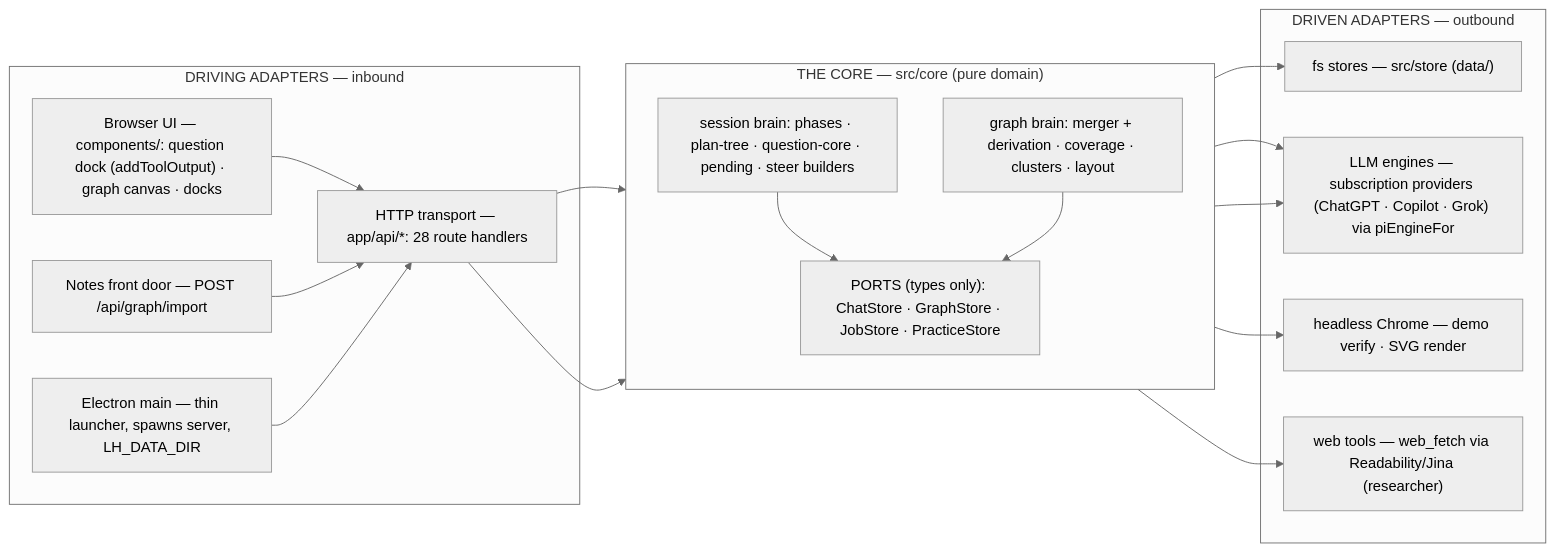
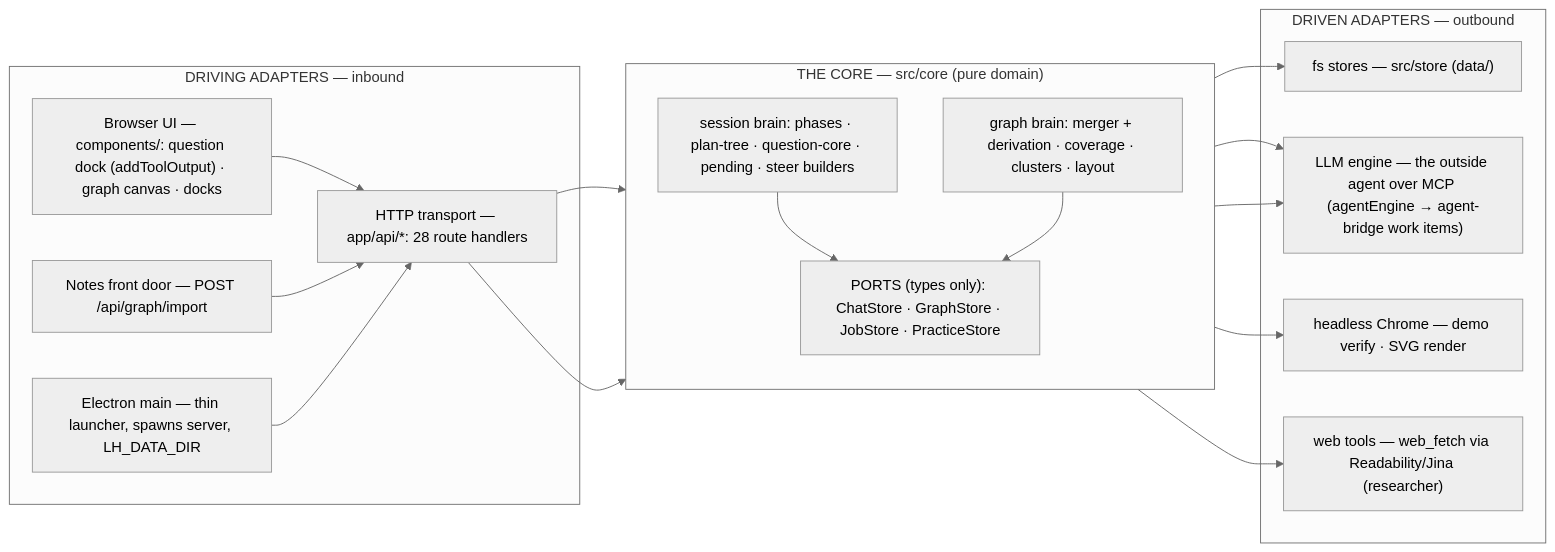
One commit to bayshores/godspeed changed the second of 7 diagrams in docs/architecture.md. Above: the diagram before and after it, drawn with Mermaid (neutral theme). The commit also changed other lines of this file and 206 other files, not shown here.

````diff
--- a/docs/architecture.md
+++ b/docs/architecture.md
@@ -171,36 +171,36 @@
 ```mermaid
 flowchart LR
     subgraph DRIVING["DRIVING ADAPTERS — inbound"]
         BROWSER["Browser UI — components/: question dock (addToolOutput) · graph canvas · docks"]
         HTTP["HTTP transport — app/api/*: 28 route handlers"]
         NOTES["Notes front door — POST /api/graph/import"]
         ELEC["Electron main — thin launcher, spawns server, LH_DATA_DIR"]
     end
 
     subgraph HEXCORE["THE CORE — src/core (pure domain)"]
         direction TB
         SESS["session brain: phases · plan-tree · question-core · pending · steer builders"]
         GBRAIN["graph brain: merger + derivation · coverage · clusters · layout"]
         PORTSBOX["PORTS (types only): ChatStore · GraphStore · JobStore · PracticeStore"]
     end
 
     subgraph DRIVEN["DRIVEN ADAPTERS — outbound"]
         FS["fs stores — src/store (data/)"]
-        LLM["LLM engines — subscription providers (ChatGPT · Copilot · Grok) via piEngineFor"]
+        LLM["LLM engine — the outside agent over MCP (agentEngine → agent-bridge work items)"]
         HEAD["headless Chrome — demo verify · SVG render"]
         WEB["web tools — web_fetch via Readability/Jina (researcher)"]
     end
 
     BROWSER --> HTTP
     NOTES --> HTTP
     ELEC --> HTTP
     HTTP --> SESS
     HTTP --> GBRAIN
     SESS --> PORTSBOX
     GBRAIN --> PORTSBOX
     PORTSBOX --> FS
     SESS --> LLM
     GBRAIN --> LLM
     SESS --> HEAD
     SESS --> WEB
 ```
````
